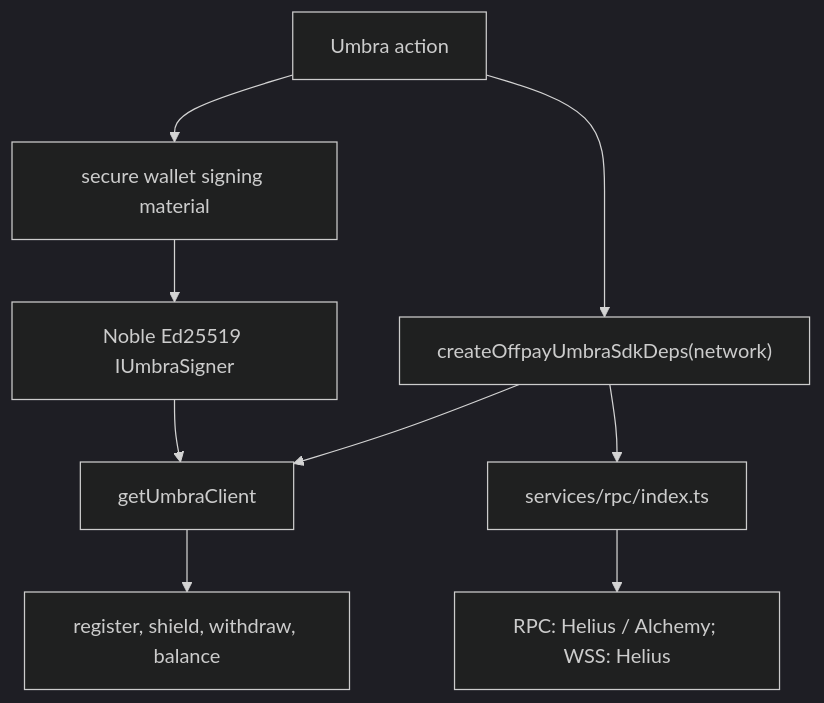
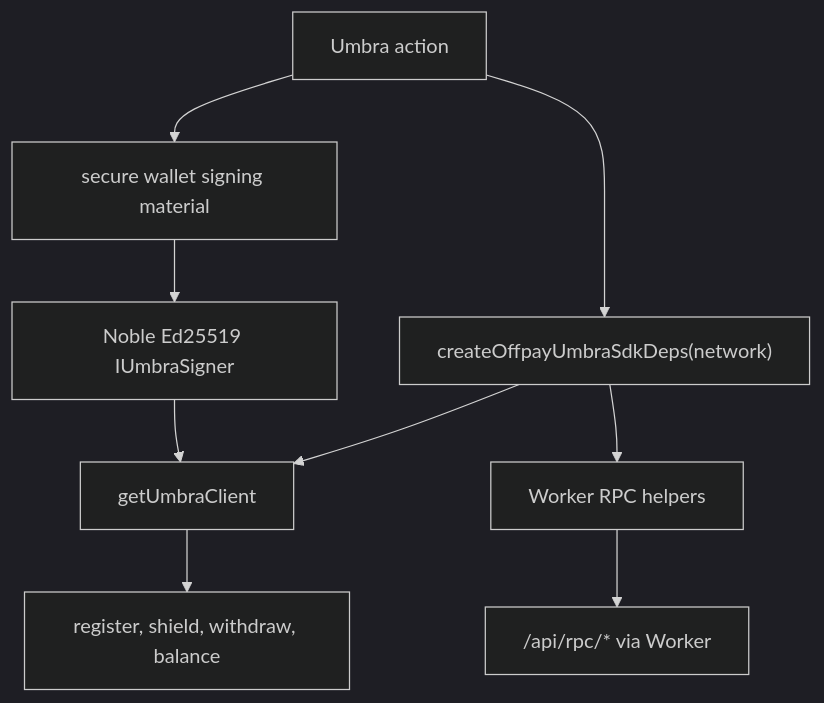
The first of 2 diagrams in documentation/umbra-sdk-usage.md (OffPay-Wallet/OffPay), drawn with Mermaid (dark theme) before and after one commit. The commit also changed other lines of this file and 70 other files, not shown here.

````diff
--- a/documentation/umbra-sdk-usage.md
+++ b/documentation/umbra-sdk-usage.md
@@ -21,18 +21,18 @@
 ```mermaid
 flowchart TD
   Action["Umbra action"]
   SigningMaterial["secure wallet signing material"]
   Signer["Noble Ed25519 IUmbraSigner"]
   Deps["createOffpayUmbraSdkDeps(network)"]
   Client["getUmbraClient"]
-  ClientRpc["services/rpc/index.ts"]
-  Providers["RPC: Helius / Alchemy; WSS: Helius"]
+  ClientRpc["Worker RPC helpers"]
+  Providers["/api/rpc/* via Worker"]
   UmbraAction["register, shield, withdraw, balance"]
 
   Action --> SigningMaterial --> Signer
   Action --> Deps
   Deps --> ClientRpc --> Providers
   Signer --> Client
   Deps --> Client
   Client --> UmbraAction
 ```
````
